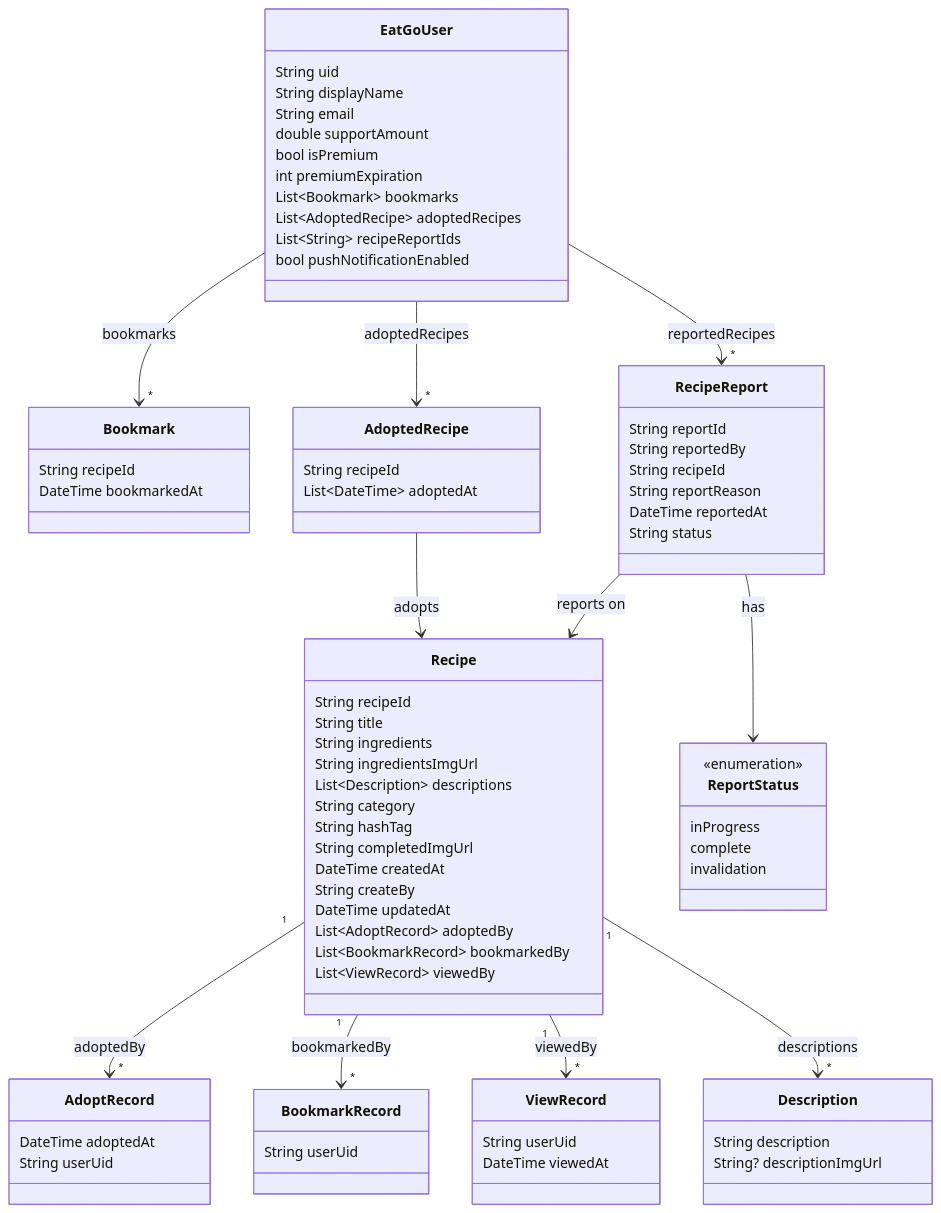
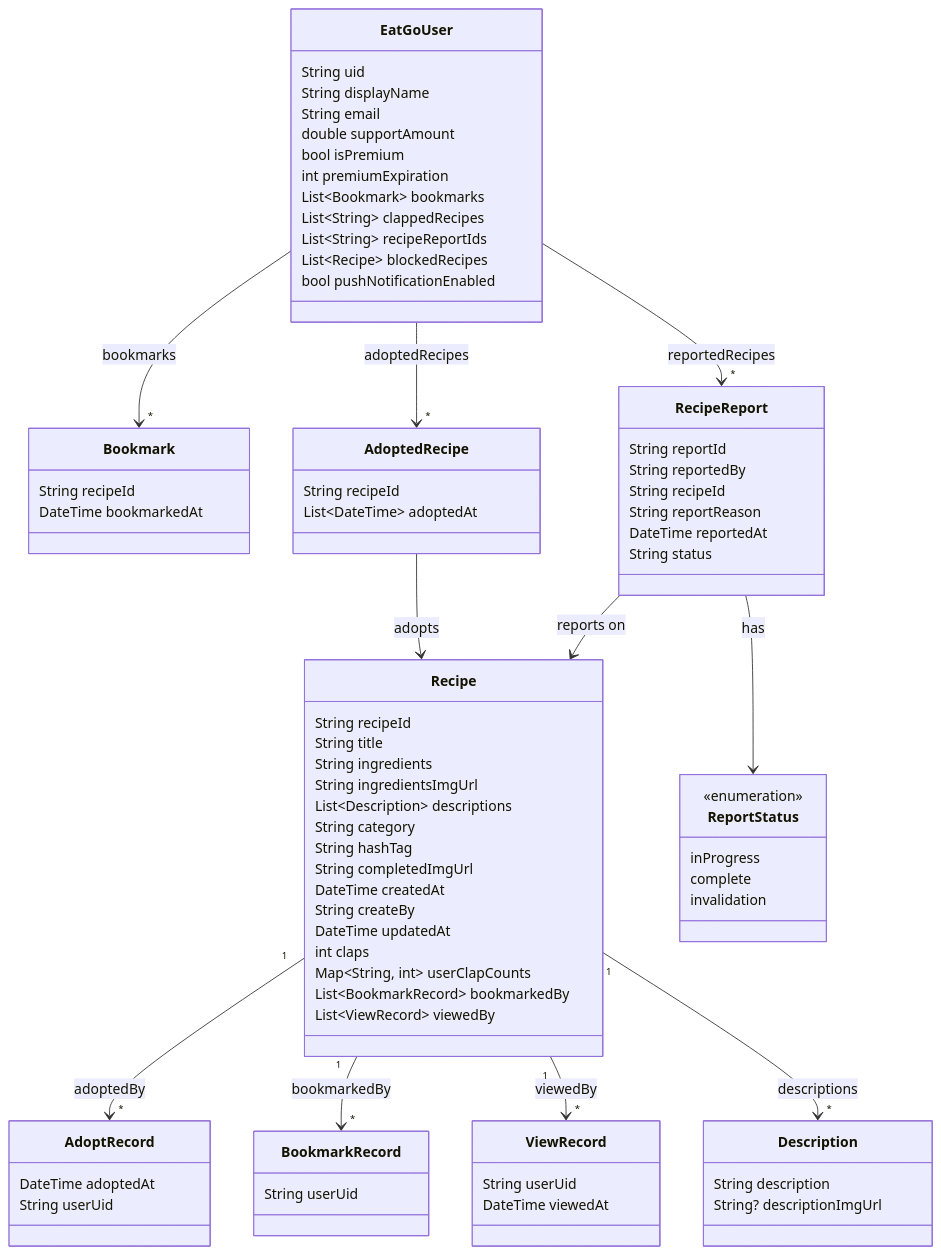
One commit to kangsudal/Eat-Go changed the diagram in README.md. Above: the diagram before and after it, drawn with Mermaid. The commit also changed 16 other files, not shown here.

```diff
--- a/README.md
+++ b/README.md
@@ -95,7 +95,8 @@
         DateTime createdAt
         String createBy
         DateTime updatedAt
-        List~AdoptRecord~ adoptedBy
+        int claps
+        Map~String, int~ userClapCounts
         List~BookmarkRecord~ bookmarkedBy
         List~ViewRecord~ viewedBy
     }
@@ -117,8 +118,9 @@
         bool isPremium
         int premiumExpiration
         List~Bookmark~ bookmarks
-        List~AdoptedRecipe~ adoptedRecipes
+        List~String~ clappedRecipes
         List~String~ recipeReportIds
+        List~Recipe~ blockedRecipes
         bool pushNotificationEnabled
     }
 
```
